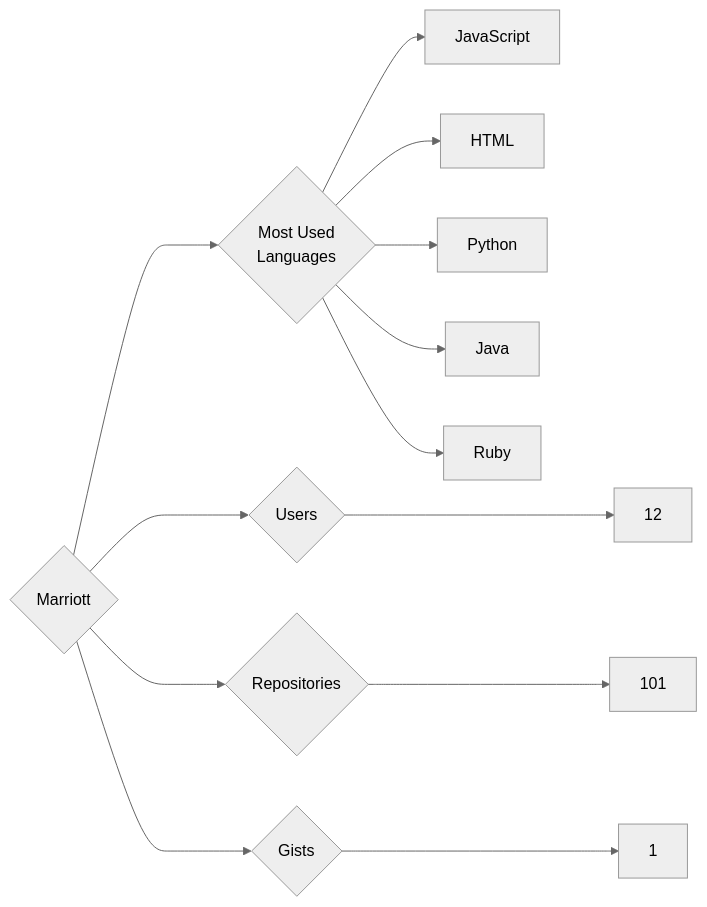
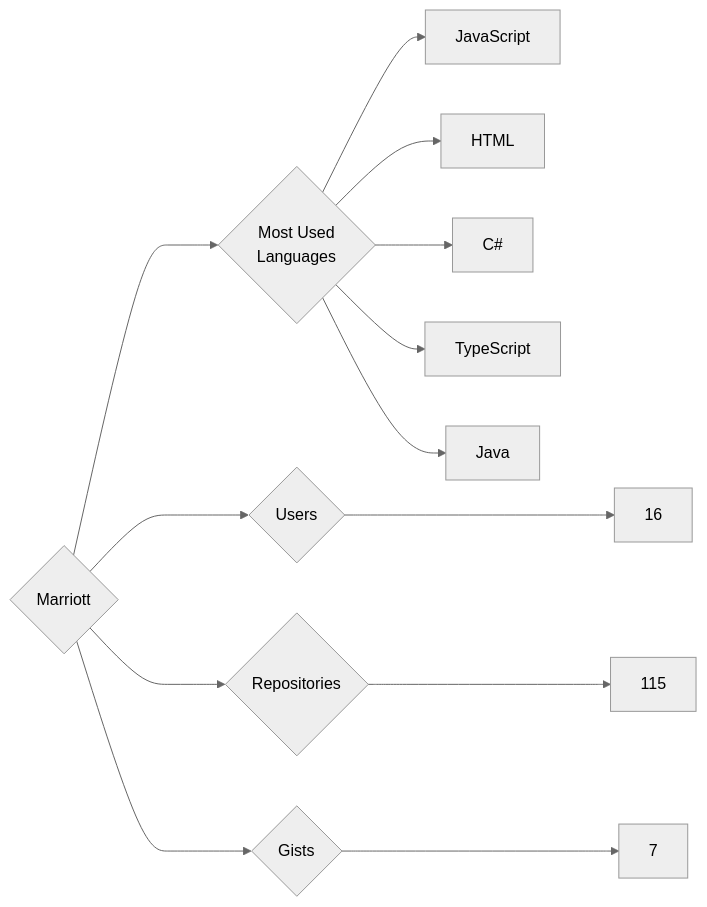
Before and after one commit to trickest/insiders: the diagram in targets/Marriott/README.md, drawn with Mermaid (neutral theme). The commit also changed 835 other files, not shown here.

````diff
--- a/targets/Marriott/README.md
+++ b/targets/Marriott/README.md
@@ -3,13 +3,13 @@
 ```mermaid
 graph LR
 COMPANY_NAME{Marriott}
-COMPANY_NAME ---> U{Users} ---> UN[12]
-COMPANY_NAME ---> R{Repositories} ---> RN[101]
-COMPANY_NAME ---> G{Gists} ---> GN[1]
+COMPANY_NAME ---> U{Users} ---> UN[16]
+COMPANY_NAME ---> R{Repositories} ---> RN[115]
+COMPANY_NAME ---> G{Gists} ---> GN[7]
 COMPANY_NAME ---> ML{Most Used<br>Languages}
 ML --> JavaScript[JavaScript]
 ML --> HTML[HTML]
-ML --> Python[Python]
+ML --> C#[C#]
+ML --> TypeScript[TypeScript]
 ML --> Java[Java]
-ML --> Ruby[Ruby]
 ```
````
